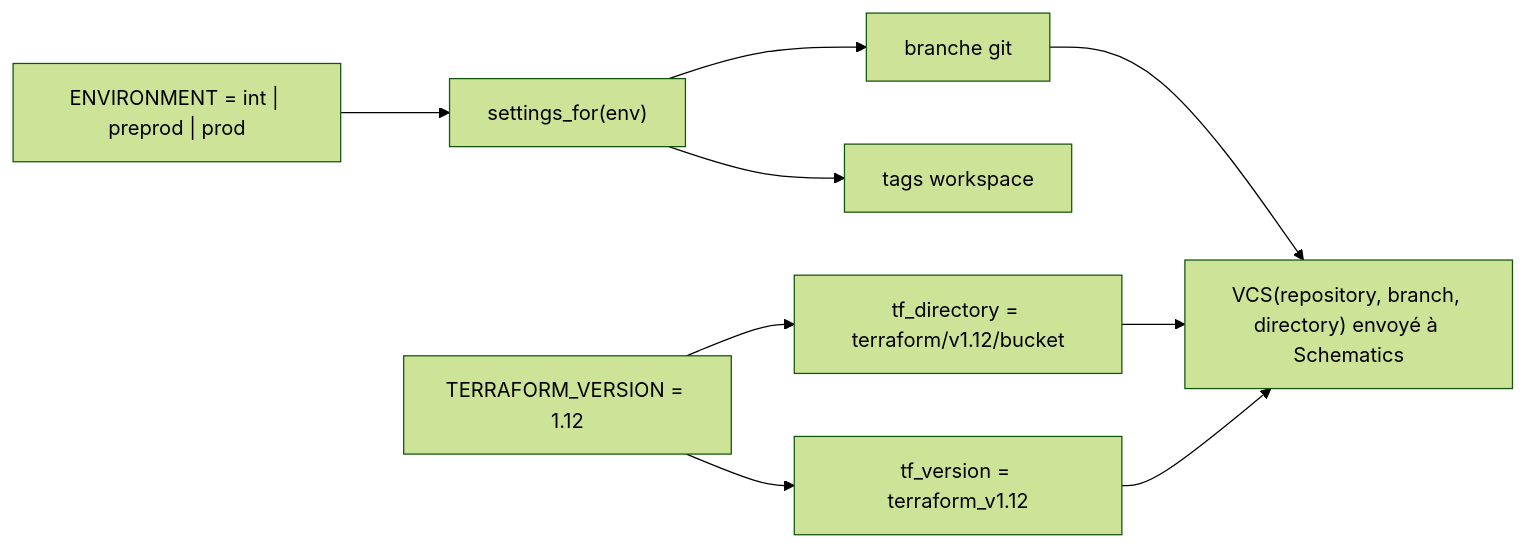
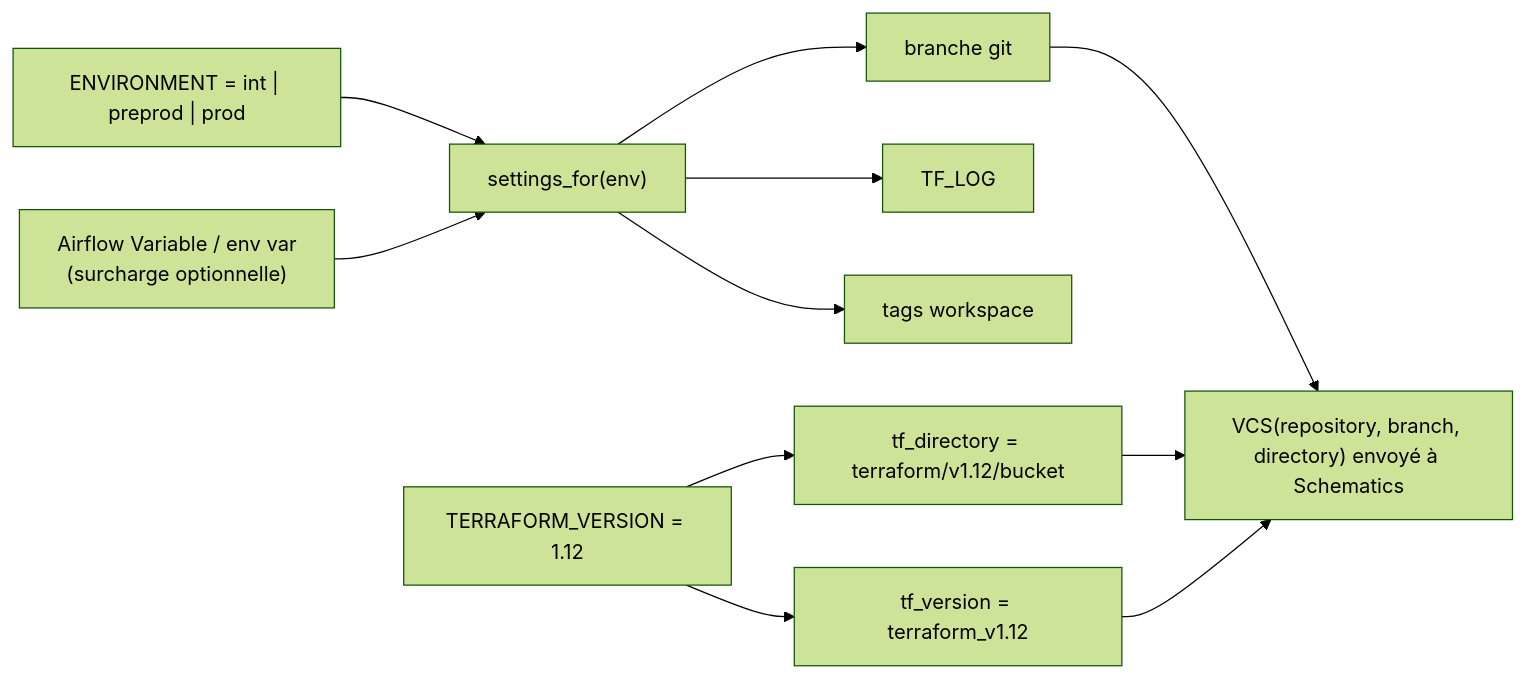
The seventh of 7 diagrams in cos/terraform/README.md (karimessouabni/cos), drawn with Mermaid (forest theme) before and after one commit. The commit also changed other lines of this file and 4 other files, not shown here.

First line of the commit message:
schematics_service: branch and TF_LOG per environment, overridable at runtime

````diff
--- a/cos/terraform/README.md
+++ b/cos/terraform/README.md
@@ -325,9 +333,11 @@
 ```mermaid
 flowchart LR
     ENV["ENVIRONMENT = int | preprod | prod"] --> S["settings_for(env)"]
     S --> BR["branche git"]
+    S --> TL["TF_LOG"]
     S --> TG["tags workspace"]
+    AV["Airflow Variable / env var<br/>(surcharge optionnelle)"] --> S
     TV["TERRAFORM_VERSION = 1.12"] --> DIR["tf_directory = terraform/v1.12/bucket"]
     TV --> LBL["tf_version = terraform_v1.12"]
     BR & DIR & LBL --> VCS["VCS(repository, branch, directory) envoyé à Schematics"]
 ```
````
